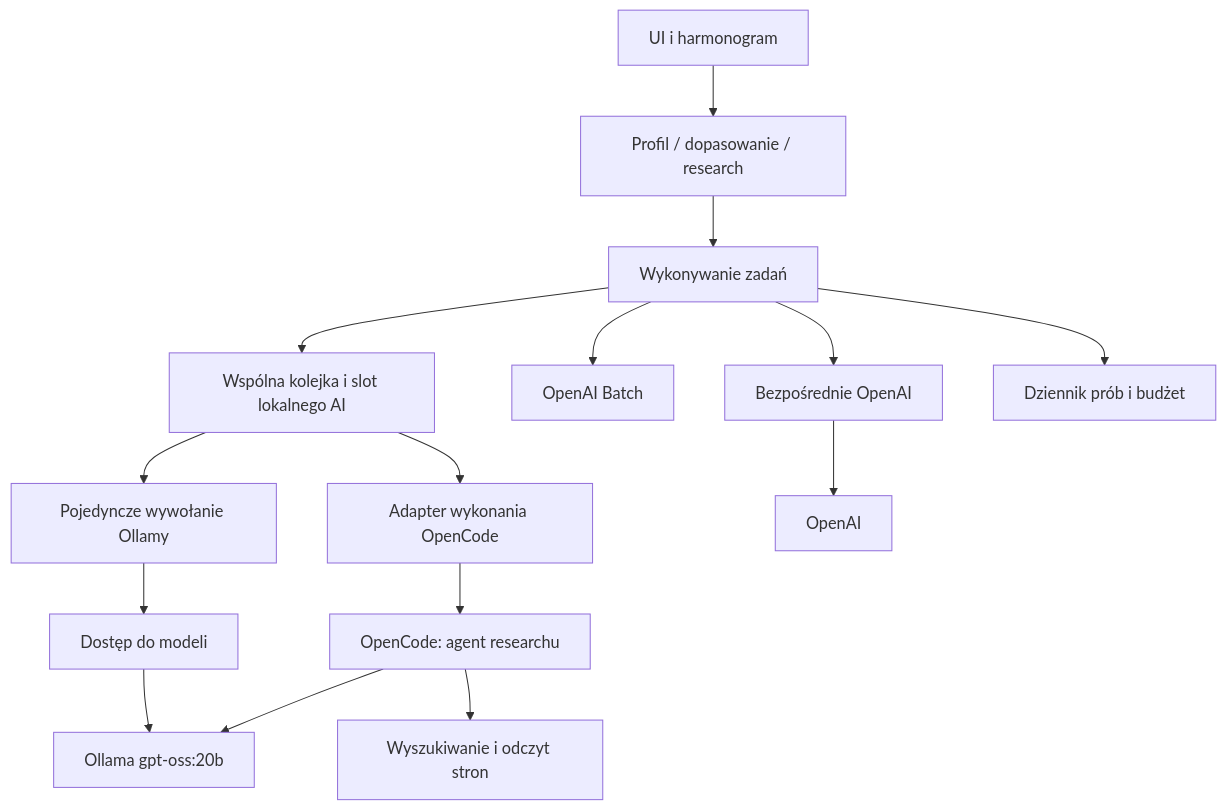
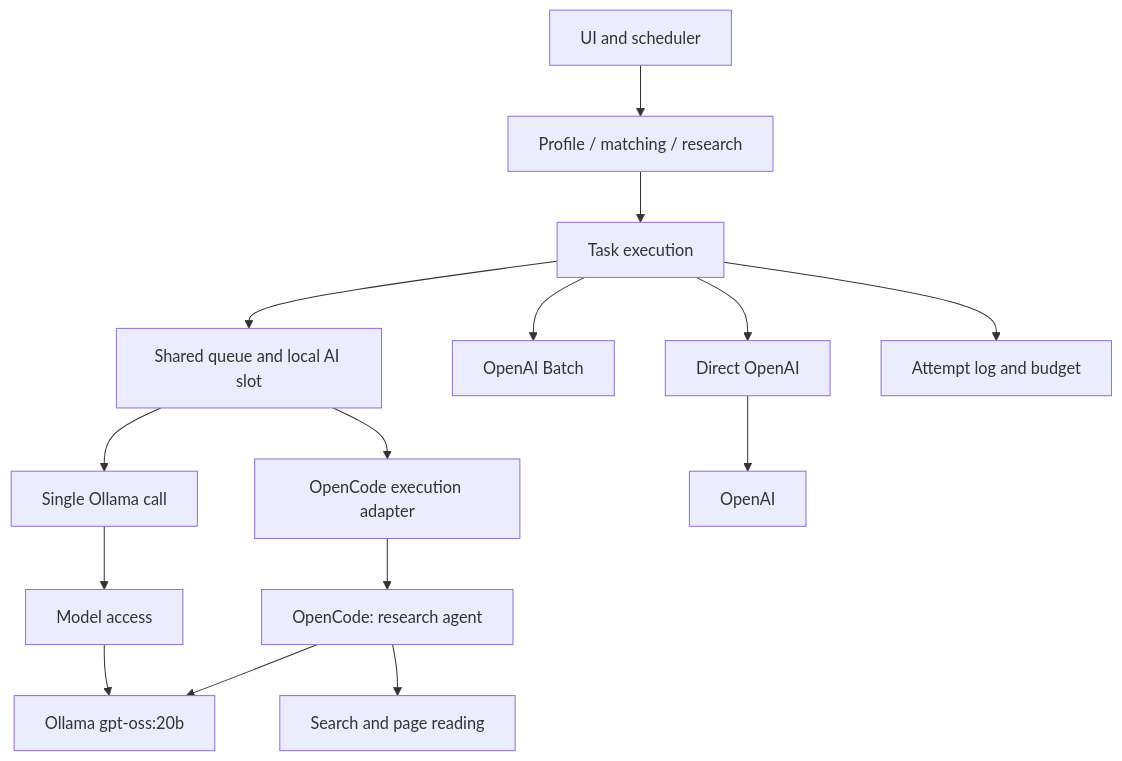
Before and after one commit to pioziol123/ofertorix-rekrutus: the diagram in docs/specs/lokalne-ai/solution-design.md, drawn with Mermaid. The commit also changed other lines of this file and 126 other files, not shown here.

````diff
--- a/docs/specs/lokalne-ai/solution-design.md
+++ b/docs/specs/lokalne-ai/solution-design.md
@@ -25,17 +25,17 @@
 ```mermaid
 flowchart TD
-  U[UI i harmonogram] --> D[Profil / dopasowanie / research]
-  D --> E[Wykonywanie zadań]
-  E --> Q[Wspólna kolejka i slot lokalnego AI]
-  Q --> S[Pojedyncze wywołanie Ollamy]
+  U[UI and scheduler] --> D[Profile / matching / research]
+  D --> E[Task execution]
+  E --> Q[Shared queue and local AI slot]
+  Q --> S[Single Ollama call]
   E --> B[OpenAI Batch]
-  Q --> A[Adapter wykonania OpenCode]
-  E --> OA[Bezpośrednie OpenAI]
+  Q --> A[OpenCode execution adapter]
+  E --> OA[Direct OpenAI]
   OA --> O[OpenAI]
-  S --> M[Dostęp do modeli]
+  S --> M[Model access]
   M --> L[Ollama gpt-oss:20b]
-  A --> OC[OpenCode: agent researchu]
+  A --> OC[OpenCode: research agent]
   OC --> L
-  OC --> T[Wyszukiwanie i odczyt stron]
-  E --> C[Dziennik prób i budżet]
+  OC --> T[Search and page reading]
+  E --> C[Attempt log and budget]
 ```
````
